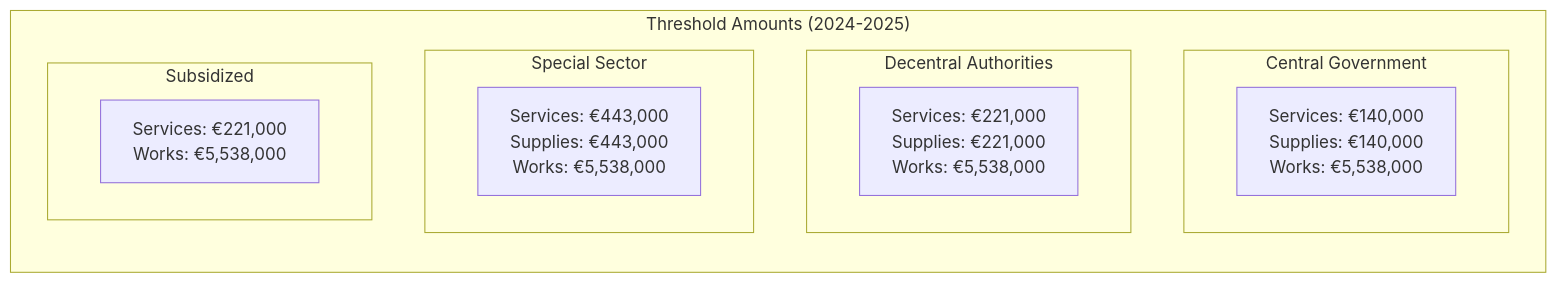
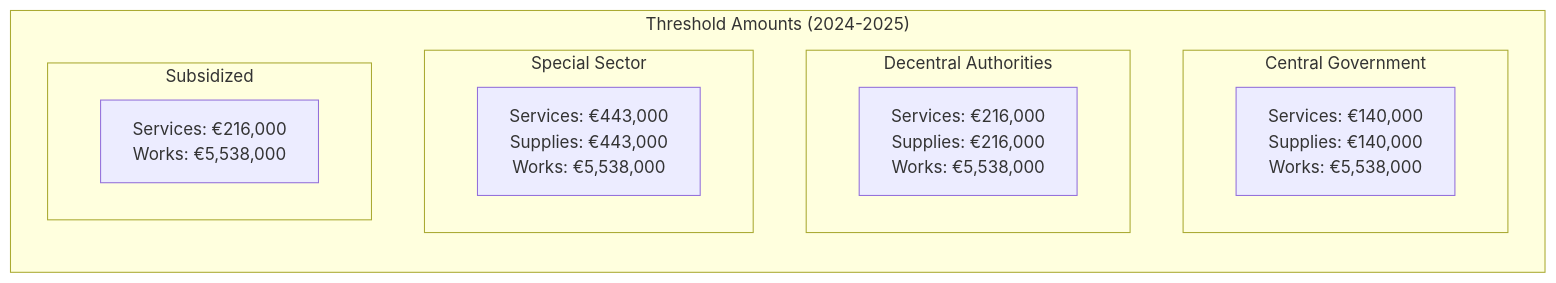
One commit to chompff/tenderforce changed the second of 3 diagrams in eed-decision-tree.md. Above: the diagram before and after it, drawn with Mermaid. The commit also changed 5 other files, not shown here.

````diff
--- a/eed-decision-tree.md
+++ b/eed-decision-tree.md
@@ -91,20 +91,20 @@
 ```mermaid
 graph LR
     subgraph "Threshold Amounts (2024-2025)"
         subgraph "Central Government"
             CG[Services: €140,000<br/>Supplies: €140,000<br/>Works: €5,538,000]
         end
         
         subgraph "Decentral Authorities"
-            DA[Services: €221,000<br/>Supplies: €221,000<br/>Works: €5,538,000]
+            DA[Services: €216,000<br/>Supplies: €216,000<br/>Works: €5,538,000]
         end
         
         subgraph "Special Sector"
             SS[Services: €443,000<br/>Supplies: €443,000<br/>Works: €5,538,000]
         end
         
         subgraph "Subsidized"
-            SUB[Services: €221,000<br/>Works: €5,538,000]
+            SUB[Services: €216,000<br/>Works: €5,538,000]
         end
     end
 ```
````
